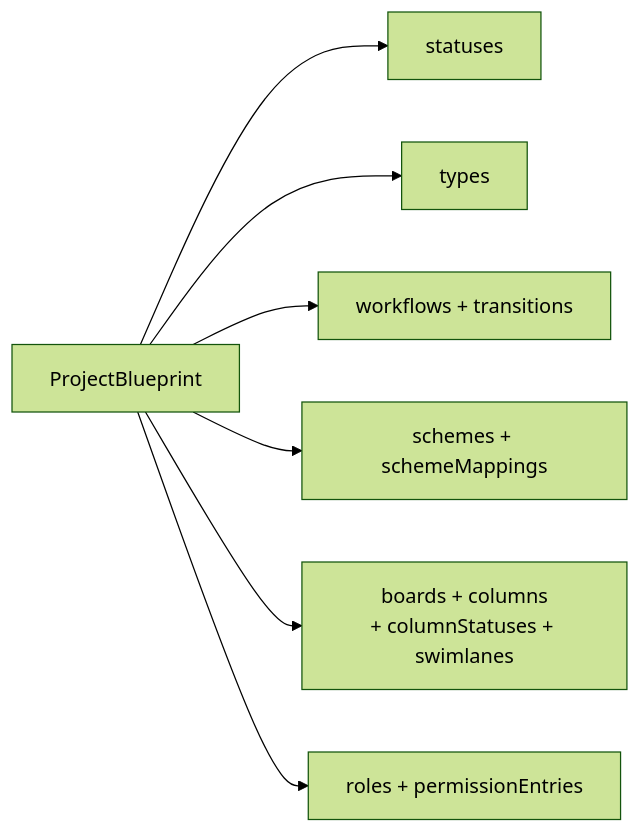
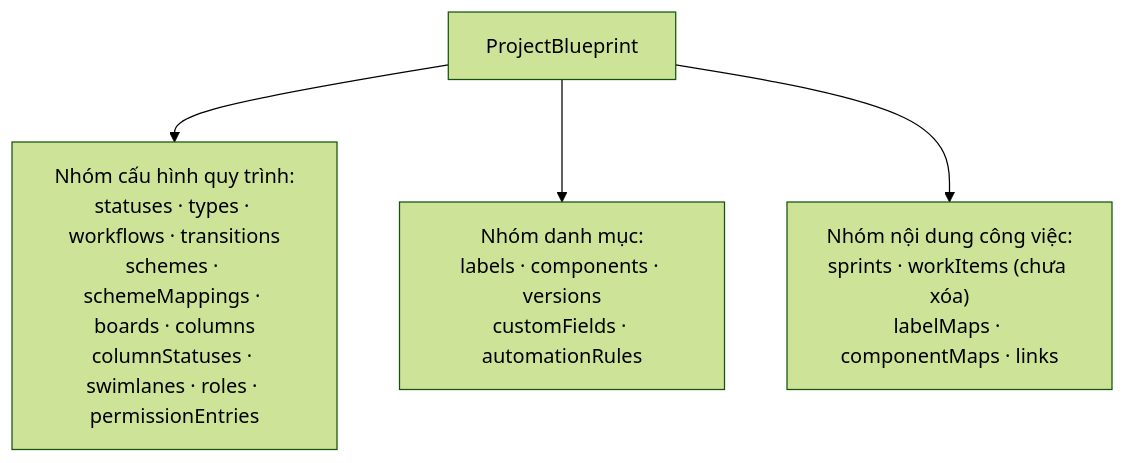
Before and after one commit to Hecker-Chuoi/DATN-2026: the fourth of 6 diagrams in formal_doc/04_NGHIEP_VU_TEMPLATE_CLONE.md, drawn with Mermaid (forest theme). The commit also changed other lines of this file and 60 other files, not shown here.

````diff
--- a/formal_doc/04_NGHIEP_VU_TEMPLATE_CLONE.md
+++ b/formal_doc/04_NGHIEP_VU_TEMPLATE_CLONE.md
@@ -115,9 +98,6 @@
 ```mermaid
-flowchart LR
-    BP["ProjectBlueprint"] --> A["statuses"]
-    BP --> B["types"]
-    BP --> C["workflows + transitions"]
-    BP --> D["schemes + schemeMappings"]
-    BP --> E["boards + columns<br/>+ columnStatuses + swimlanes"]
-    BP --> F["roles + permissionEntries"]
+flowchart TD
+    BP["ProjectBlueprint"] --> CFG["Nhóm cấu hình quy trình:<br/>statuses · types · workflows · transitions<br/>schemes · schemeMappings · boards · columns<br/>columnStatuses · swimlanes · roles · permissionEntries"]
+    BP --> CAT["Nhóm danh mục:<br/>labels · components · versions<br/>customFields · automationRules"]
+    BP --> CNT["Nhóm nội dung công việc:<br/>sprints · workItems (chưa xóa)<br/>labelMaps · componentMaps · links"]
 ```
````
